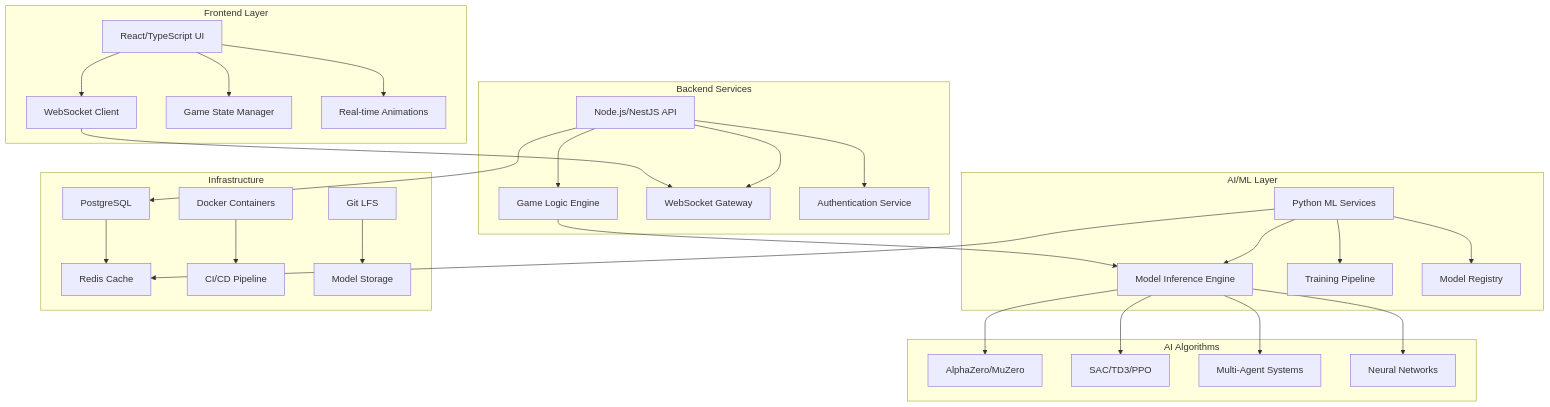
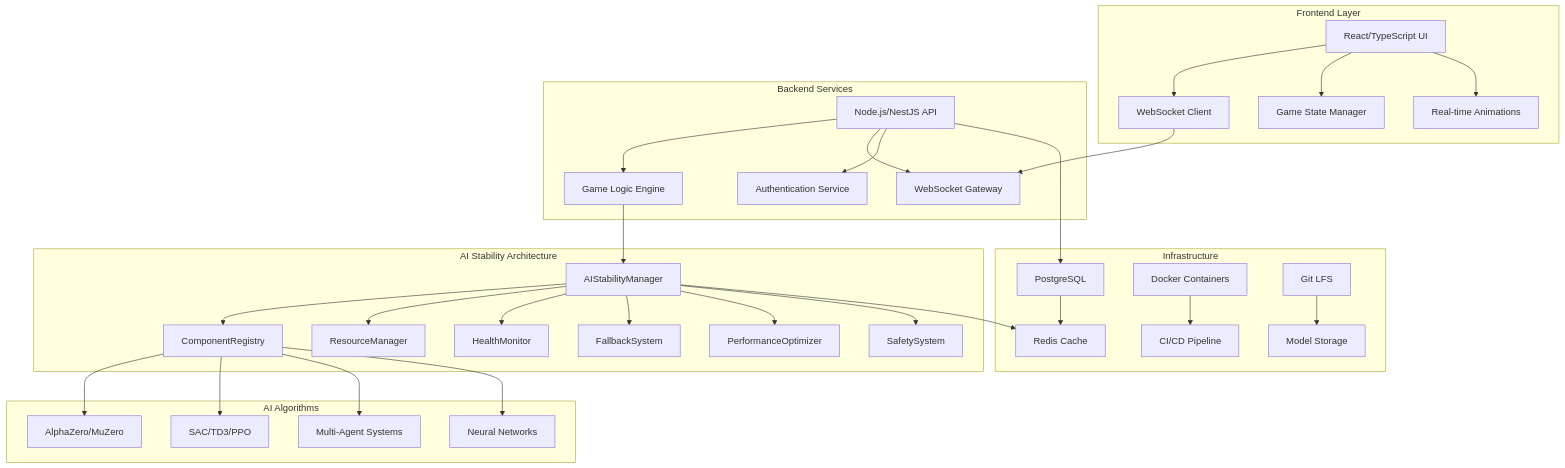
The second of 3 diagrams in README.md (drussell23/Connect-Four-AI), drawn with Mermaid before and after one commit. The commit also changed other lines of this file and 47 other files, not shown here.

First line of the commit message:
feat: integrate AI Stability Architecture and enhance system robustness

````diff
--- a/README.md
+++ b/README.md
@@ -30,42 +1164,45 @@
 ```mermaid
 graph TB
     subgraph "Frontend Layer"
         A[React/TypeScript UI] --> B[WebSocket Client]
         A --> C[Game State Manager]
         A --> D[Real-time Animations]
     end
     
     subgraph "Backend Services"
         E[Node.js/NestJS API] --> F[Game Logic Engine]
         E --> G[WebSocket Gateway]
         E --> H[Authentication Service]
     end
     
-    subgraph "AI/ML Layer"
-        I[Python ML Services] --> J[Model Inference Engine]
-        I --> K[Training Pipeline]
-        I --> L[Model Registry]
+    subgraph "AI Stability Architecture"
+        I[AIStabilityManager] --> J[ComponentRegistry]
+        I --> K[ResourceManager]
+        I --> L[HealthMonitor]
+        I --> M[FallbackSystem]
+        I --> N[PerformanceOptimizer]
+        I --> O[SafetySystem]
     end
     
     subgraph "AI Algorithms"
-        M[AlphaZero/MuZero] 
-        N[SAC/TD3/PPO]
-        O[Multi-Agent Systems]
-        P[Neural Networks]
+        P[AlphaZero/MuZero] 
+        Q[SAC/TD3/PPO]
+        R[Multi-Agent Systems]
+        S[Neural Networks]
     end
     
     subgraph "Infrastructure"
-        Q[PostgreSQL] --> R[Redis Cache]
-        S[Docker Containers] --> T[CI/CD Pipeline]
-        U[Git LFS] --> V[Model Storage]
+        T[PostgreSQL] --> U[Redis Cache]
+        V[Docker Containers] --> W[CI/CD Pipeline]
+        X[Git LFS] --> Y[Model Storage]
     end
     
     B --> G
-    F --> J
-    J --> M
-    J --> N
-    J --> O
+    F --> I
     J --> P
-    E --> Q
-    I --> R
+    J --> Q
+    J --> R
+    J --> S
+    E --> T
+    I --> U
 ```
````
